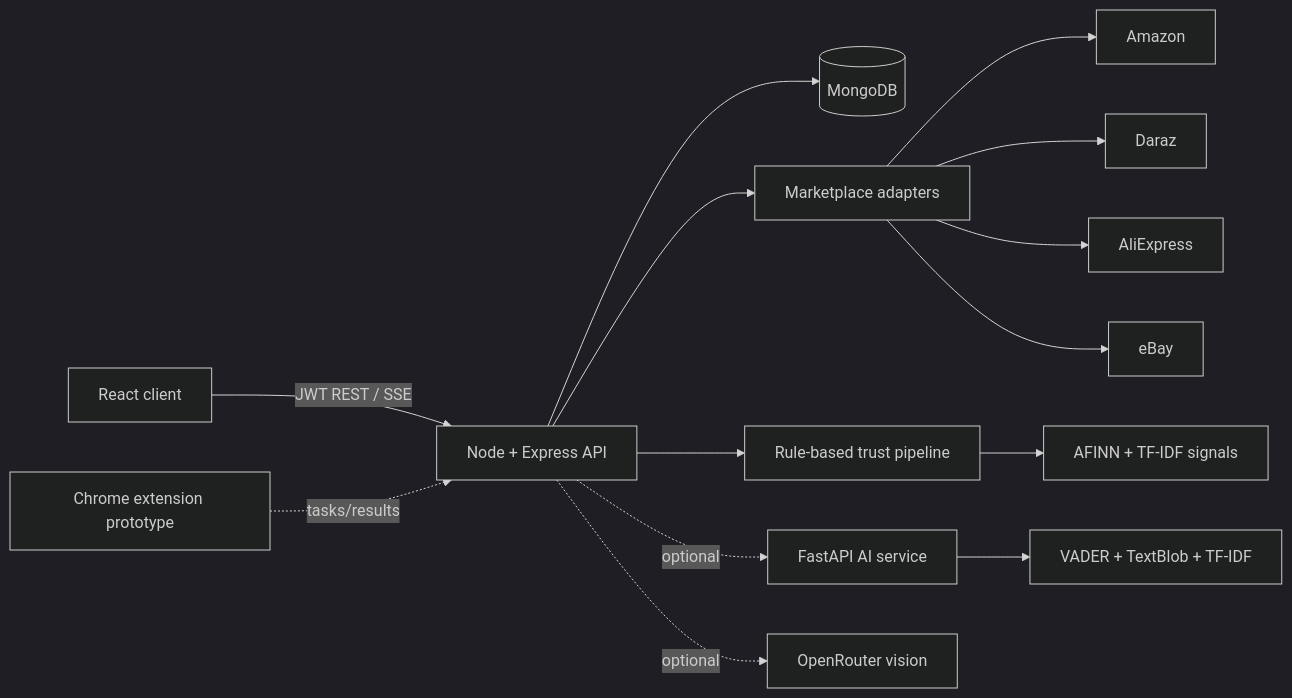
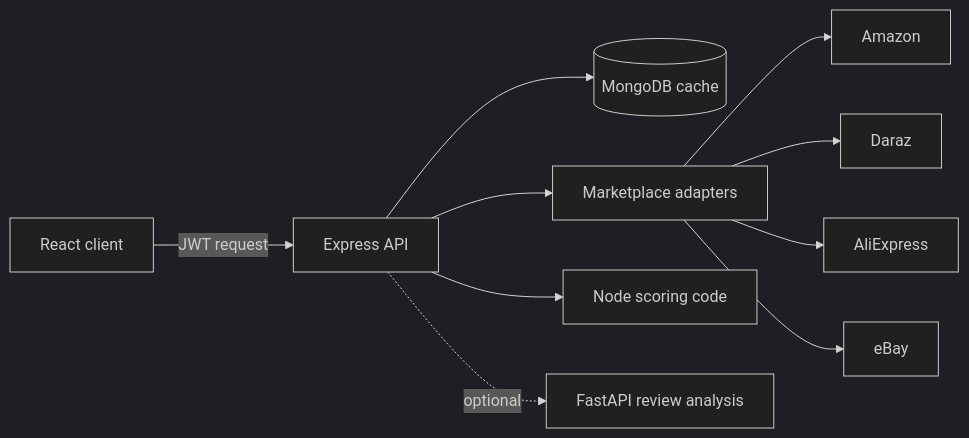
Before and after one commit to mujtabashah1/ShopO-AI: the diagram in README.md, drawn with Mermaid (dark theme). The commit also changed other lines of this file and 8 other files, not shown here.

````diff
--- a/README.md
+++ b/README.md
@@ -45,16 +61,12 @@
 ```mermaid
 flowchart LR
-  U[React client] -->|JWT REST / SSE| N[Node + Express API]
-  N --> M[(MongoDB)]
-  N --> S[Marketplace adapters]
-  S --> A[Amazon]
-  S --> D[Daraz]
-  S --> X[AliExpress]
-  S --> E[eBay]
-  N --> R[Rule-based trust pipeline]
-  R --> L[AFINN + TF-IDF signals]
-  N -. optional .-> P[FastAPI AI service]
-  P --> V[VADER + TextBlob + TF-IDF]
-  N -. optional .-> O[OpenRouter vision]
-  B[Chrome extension prototype] -. tasks/results .-> N
+    A[React client] -->|JWT request| B[Express API]
+    B --> C[(MongoDB cache)]
+    B --> D[Marketplace adapters]
+    D --> E[Amazon]
+    D --> F[Daraz]
+    D --> G[AliExpress]
+    D --> H[eBay]
+    B --> I[Node scoring code]
+    B -. optional .-> J[FastAPI review analysis]
 ```
````
